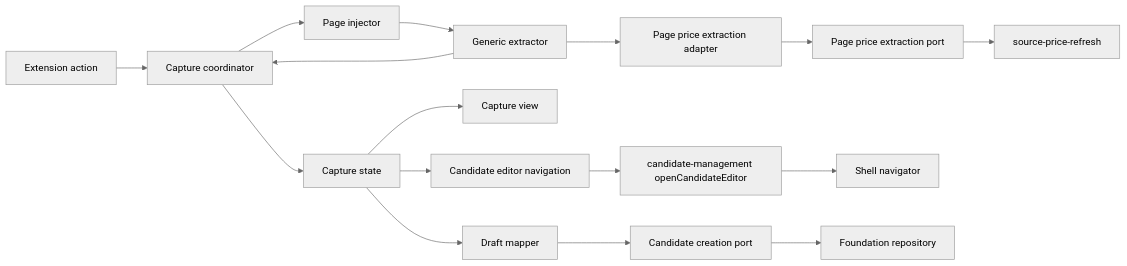
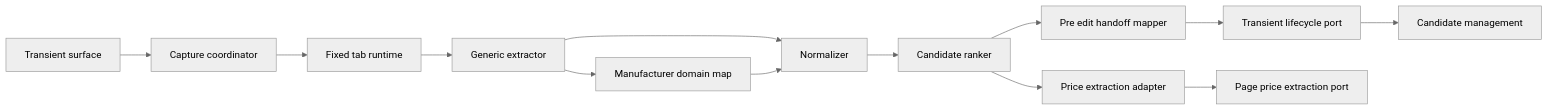
Before and after one commit to Huruikagi/pc-build-planner: the first of 3 diagrams in .kiro/specs/product-page-capture/design.md, drawn with Mermaid (neutral theme). The commit also changed other lines of this file and 58 other files, not shown here.

````diff
--- a/.kiro/specs/product-page-capture/design.md
+++ b/.kiro/specs/product-page-capture/design.md
@@ -67,18 +72,15 @@
 ```mermaid
 graph LR
-    Action[Extension action] --> Coordinator[Capture coordinator]
-    Coordinator --> Injector[Page injector]
-    Injector --> Extractor[Generic extractor]
-    Extractor --> Coordinator
-    Extractor --> PriceAdapter[Page price extraction adapter]
+    Surface[Transient surface] --> Coordinator[Capture coordinator]
+    Coordinator --> Runtime[Fixed tab runtime]
+    Runtime --> Extractor[Generic extractor]
+    Extractor --> DomainMap[Manufacturer domain map]
+    Extractor --> Normalizer[Normalizer]
+    DomainMap --> Normalizer
+    Normalizer --> Ranker[Candidate ranker]
+    Ranker --> Handoff[Pre edit handoff mapper]
+    Handoff --> Lifecycle[Transient lifecycle port]
+    Lifecycle --> Candidates[Candidate management]
+    Ranker --> PriceAdapter[Price extraction adapter]
     PriceAdapter --> PricePort[Page price extraction port]
-    PricePort --> PriceConsumer[source-price-refresh]
-    Coordinator --> State[Capture state]
-    State --> View[Capture view]
-    State --> Mapper[Draft mapper]
-    Mapper --> Port[Candidate creation port]
-    State --> Editor[Candidate editor navigation]
-    Editor --> OpenEditor[candidate-management openCandidateEditor]
-    OpenEditor --> Navigator[Shell navigator]
-    Port --> Repo[Foundation repository]
 ```
````
